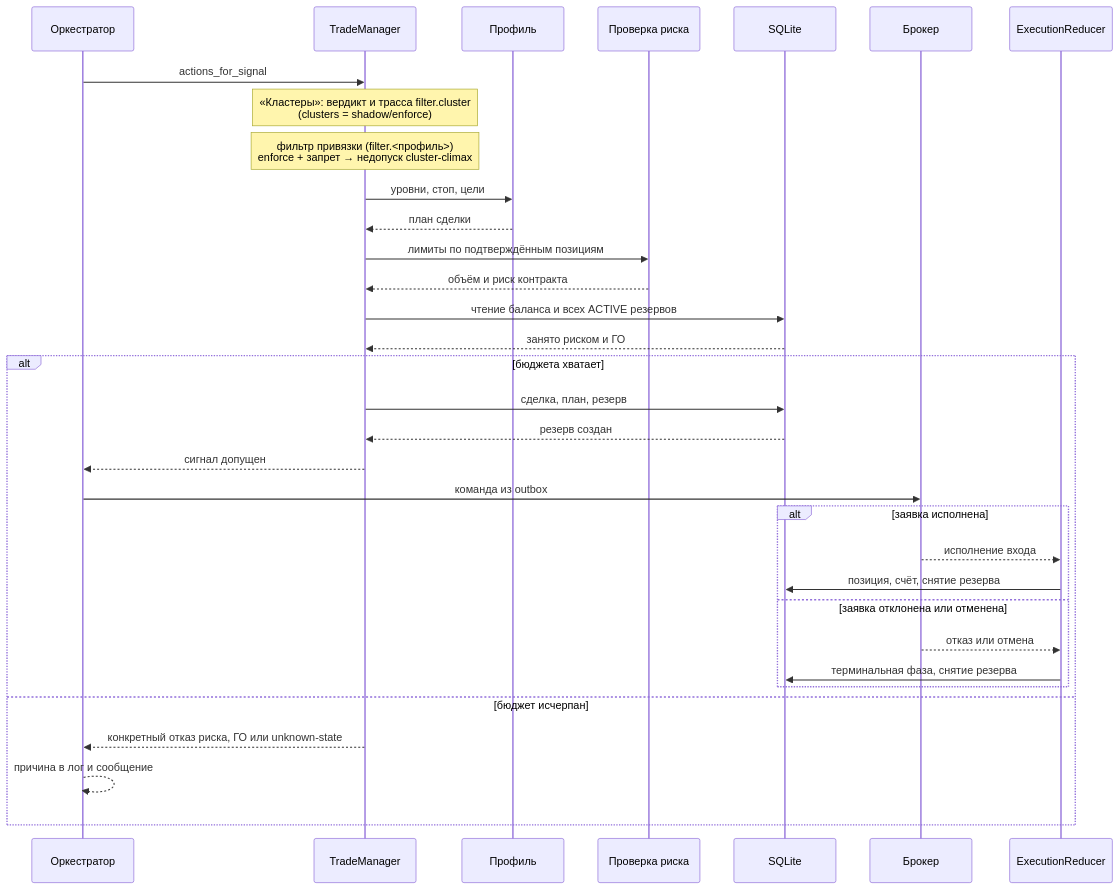
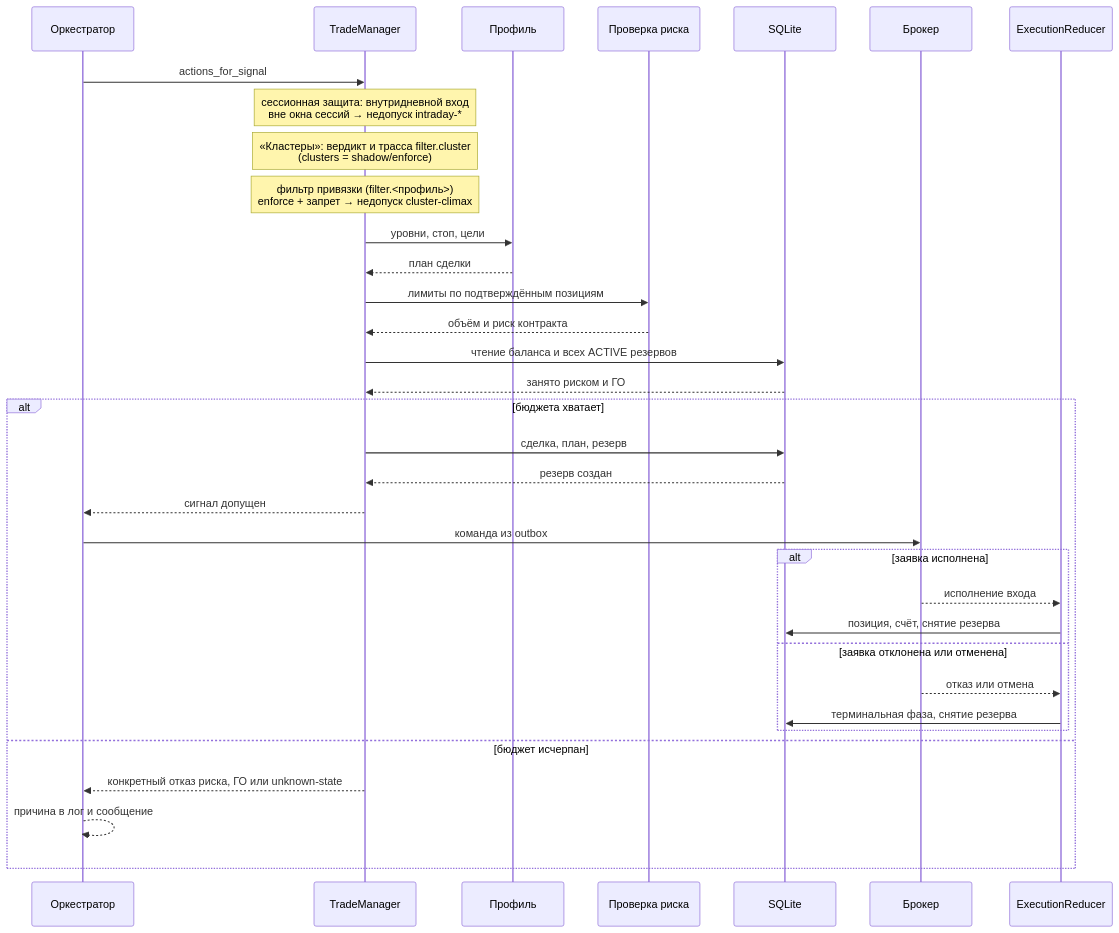
One commit to vladilenao/My_roBot changed the second of 3 diagrams in docs/trade-management/signal-pipeline.md. Above: the diagram before and after it, drawn with Mermaid. The commit also changed other lines of this file and 22 other files, not shown here.

First line of the commit message:
feat(trade-management): сессионная защита внутридневных сделок

````diff
--- a/docs/trade-management/signal-pipeline.md
+++ b/docs/trade-management/signal-pipeline.md
@@ -83,36 +83,37 @@
 ```mermaid
 sequenceDiagram
     participant TB as Оркестратор
     participant TM as TradeManager
     participant PF as Профиль
     participant RM as Проверка риска
     participant DB as SQLite
     participant BR as Брокер
     participant RD as ExecutionReducer
 
     TB->>TM: actions_for_signal
+    Note over TM: сессионная защита: внутридневной вход<br/>вне окна сессий → недопуск intraday-*
     Note over TM: «Кластеры»: вердикт и трасса filter.cluster<br/>(clusters = shadow/enforce)
     Note over TM: фильтр привязки (filter.<профиль>)<br/>enforce + запрет → недопуск cluster-climax
     TM->>PF: уровни, стоп, цели
     PF-->>TM: план сделки
     TM->>RM: лимиты по подтверждённым позициям
     RM-->>TM: объём и риск контракта
     TM->>DB: чтение баланса и всех ACTIVE резервов
     DB-->>TM: занято риском и ГО
     alt бюджета хватает
         TM->>DB: сделка, план, резерв
         DB-->>TM: резерв создан
         TM-->>TB: сигнал допущен
         TB->>BR: команда из outbox
         alt заявка исполнена
             BR-->>RD: исполнение входа
             RD->>DB: позиция, счёт, снятие резерва
         else заявка отклонена или отменена
             BR-->>RD: отказ или отмена
             RD->>DB: терминальная фаза, снятие резерва
         end
     else бюджет исчерпан
         TM-->>TB: конкретный отказ риска, ГО или unknown-state
         TB-->>TB: причина в лог и сообщение
     end
 ```
````
